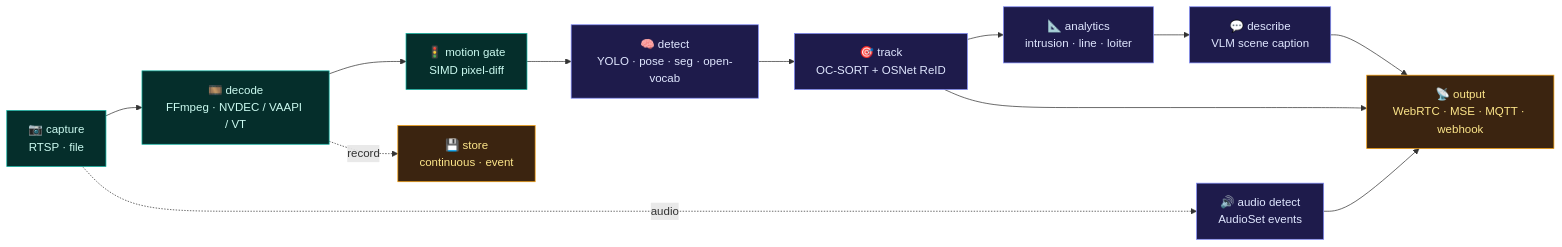
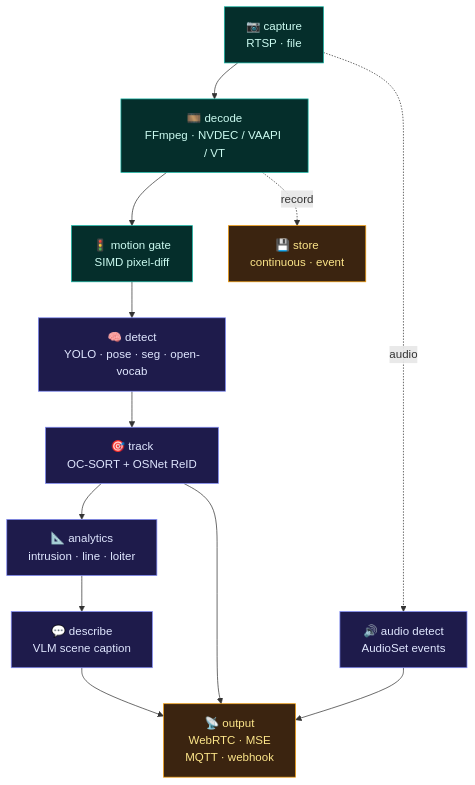
Before and after one commit to SteveGilvarry/zm-next: the second of 2 diagrams in README.md, drawn with Mermaid.

Commit message:
README: stack the pipeline diagram vertically (TB)
The LR pipeline flowchart was too wide for the GitHub README column.
Switch to flowchart TB so the cascade runs top-to-bottom (taller than
wide), with store/audio as side branches. Content unchanged.

````diff
--- a/README.md
+++ b/README.md
@@ -54,25 +54,26 @@
 ```mermaid
-flowchart LR
+flowchart TB
     cap["📷 capture<br/>RTSP · file"]
     dec["🎞️ decode<br/>FFmpeg · NVDEC / VAAPI / VT"]
     mo["🚦 motion gate<br/>SIMD pixel-diff"]
     det["🧠 detect<br/>YOLO · pose · seg · open-vocab"]
     trk["🎯 track<br/>OC-SORT + OSNet ReID"]
     an["📐 analytics<br/>intrusion · line · loiter"]
     vlm["💬 describe<br/>VLM scene caption"]
     aud["🔊 audio detect<br/>AudioSet events"]
     st["💾 store<br/>continuous · event"]
-    out["📡 output<br/>WebRTC · MSE · MQTT · webhook"]
+    out["📡 output<br/>WebRTC · MSE<br/>MQTT · webhook"]
 
     cap --> dec --> mo --> det --> trk --> an --> vlm --> out
-    cap -. audio .-> aud --> out
+    cap -. audio .-> aud
     dec -. record .-> st
+    aud --> out
     trk --> out
 
     classDef io fill:#052e2b,stroke:#14b8a6,color:#ccfbf1
     classDef ai fill:#1e1b4b,stroke:#818cf8,color:#e0e7ff
     classDef sink fill:#3b2410,stroke:#f59e0b,color:#fde68a
     class cap,dec,mo io
     class det,trk,an,vlm,aud ai
     class st,out sink
 ```
````
